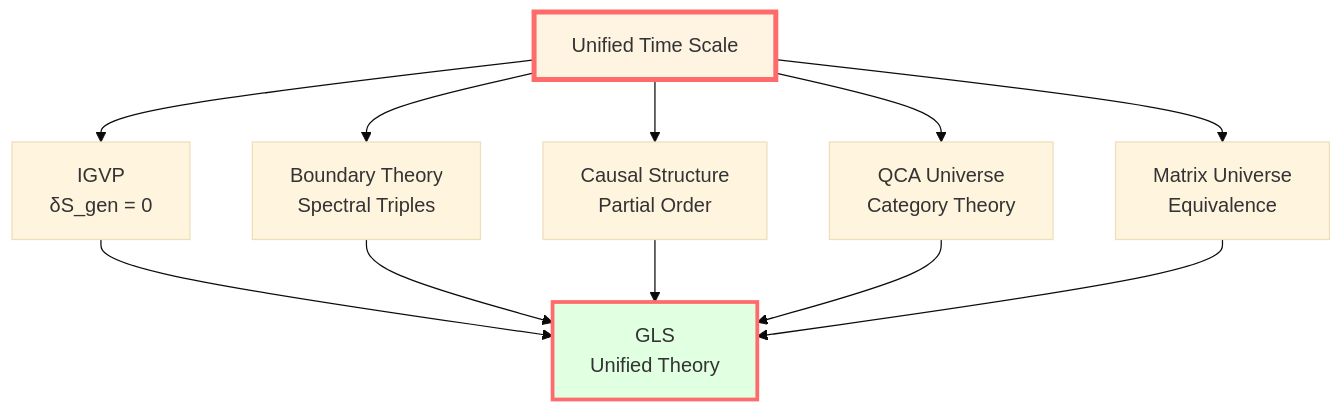
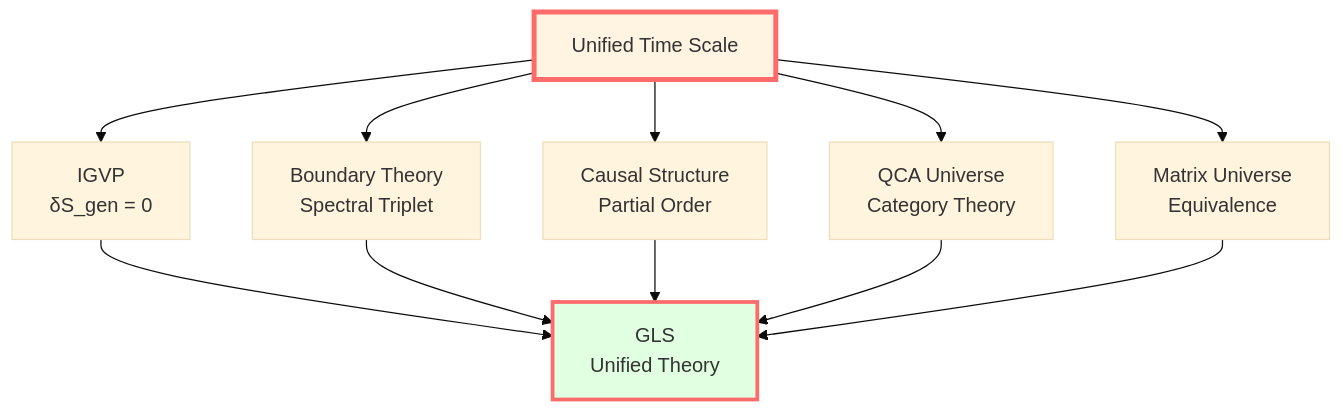
One commit to loning/zeckendorf-hilbert changed the third of 3 diagrams in docs/euler-article/gls-union/05-unified-time/00-time-overview_en.md. Above: the diagram before and after it, drawn with Mermaid (base theme). The commit also changed other lines of this file and 9 other files, not shown here.

````diff
--- a/docs/euler-article/gls-union/05-unified-time/00-time-overview_en.md
+++ b/docs/euler-article/gls-union/05-unified-time/00-time-overview_en.md
@@ -374,17 +420,17 @@
 ```mermaid
 graph TB
     T["Unified Time Scale"] --> I["IGVP<br/>δS_gen = 0"]
-    T --> B["Boundary Theory<br/>Spectral Triples"]
+    T --> B["Boundary Theory<br/>Spectral Triplet"]
     T --> C["Causal Structure<br/>Partial Order"]
     T --> Q["QCA Universe<br/>Category Theory"]
     T --> M["Matrix Universe<br/>Equivalence"]
 
     I --> U["GLS<br/>Unified Theory"]
     B --> U
     C --> U
     Q --> U
     M --> U
 
     style T fill:#fff4e1,stroke:#ff6b6b,stroke-width:4px
     style U fill:#e1ffe1,stroke:#ff6b6b,stroke-width:3px
 ```
````
